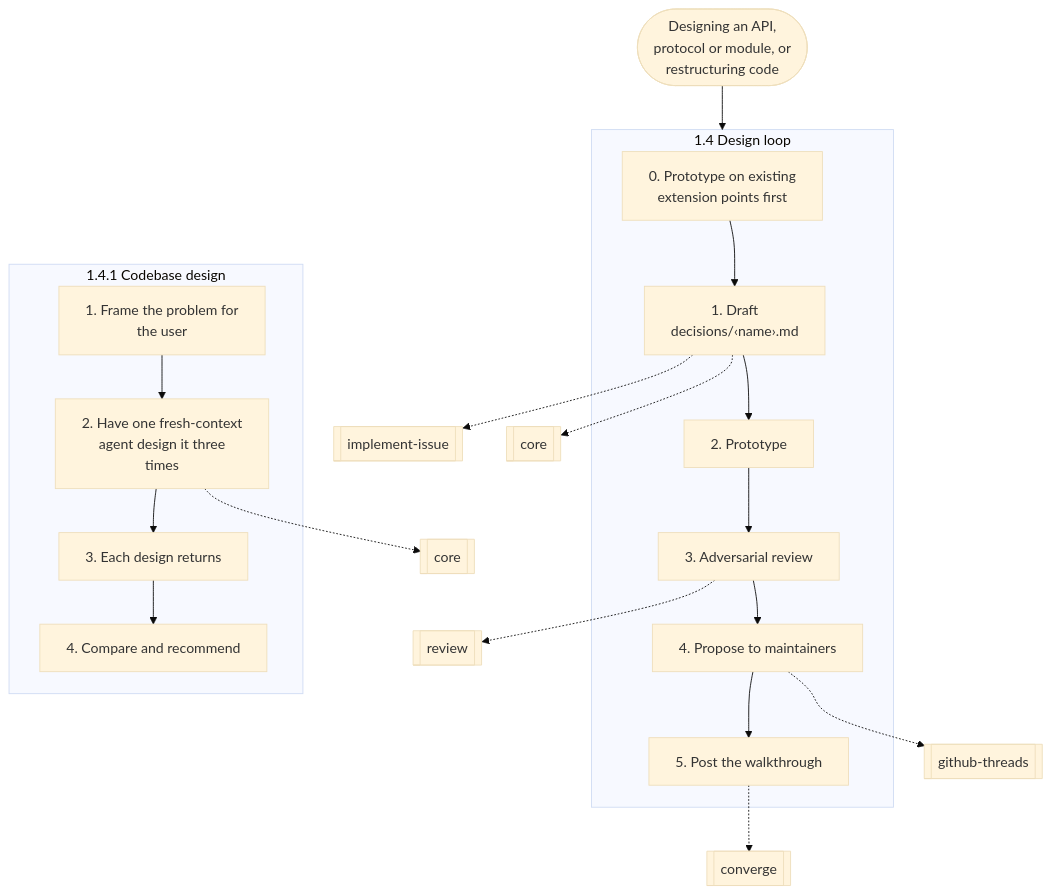
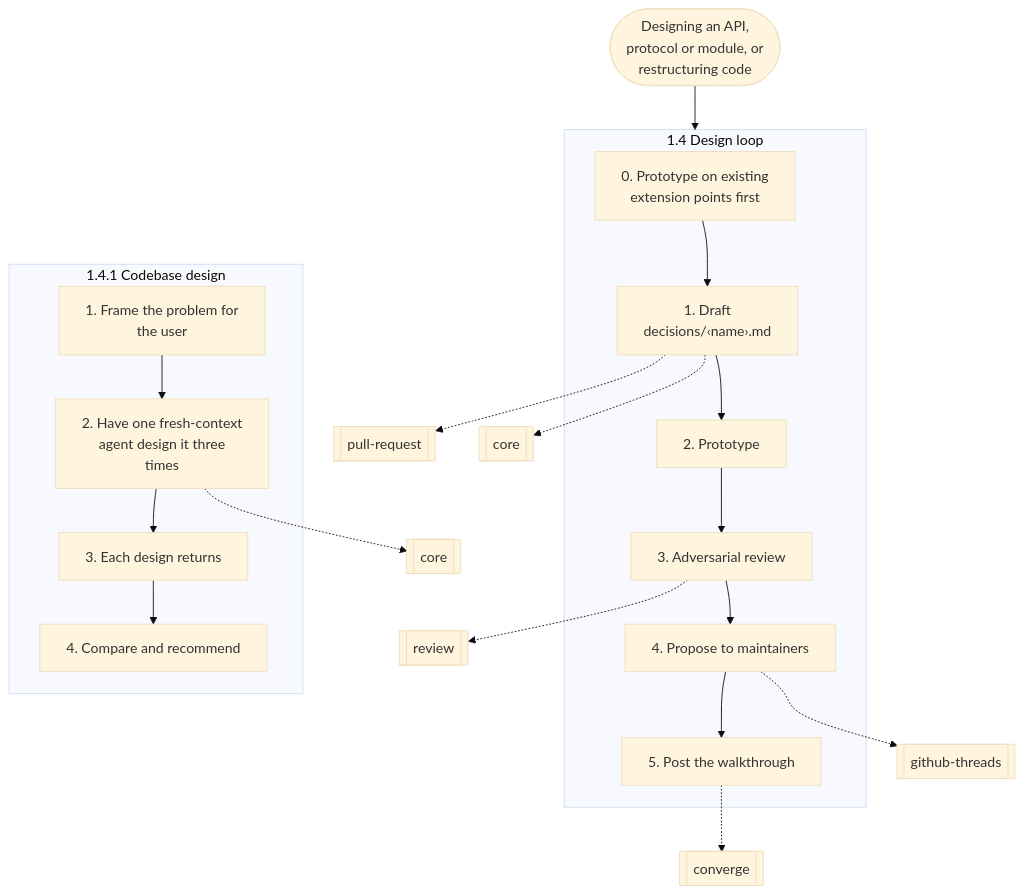
Before and after one commit to nitedani/mergeworthy: the second of 16 diagrams in docs/graphs.md, drawn with Mermaid (base theme). The commit also changed other lines of this file and 10 other files, not shown here.

Commit message:
Rename implement-issue to pull-request: any change to a merge-ready PR; open one only when it blocks something you ship

````diff
--- a/docs/graphs.md
+++ b/docs/graphs.md
@@ -63,34 +63,34 @@
 ```mermaid
 flowchart TB
   start(["Designing an API,<br/>protocol or module, or<br/>restructuring code"])
   subgraph g0["1.4 Design loop"]
     s0["0. Prototype on existing<br/>extension points first"]
     s1["1. Draft<br/>decisions/‹name›.md"]
     s0 --> s1
     s2["2. Prototype"]
     s1 --> s2
     s3["3. Adversarial review"]
     s2 --> s3
     s4["4. Propose to maintainers"]
     s3 --> s4
     s5["5. Post the walkthrough"]
     s4 --> s5
   end
-  s1 -.-> r1[["implement-issue"]]
+  s1 -.-> r1[["pull-request"]]
   s1 -.-> r2[["core"]]
   s3 -.-> r3[["review"]]
   s4 -.-> r4[["github-threads"]]
   s5 -.-> r5[["converge"]]
   subgraph g1["1.4.1 Codebase design"]
     s6["1. Frame the problem for<br/>the user"]
     s7["2. Have one fresh-context<br/>agent design it three<br/>times"]
     s6 --> s7
     s8["3. Each design returns"]
     s7 --> s8
     s9["4. Compare and recommend"]
     s8 --> s9
   end
   s7 -.-> r6[["core"]]
   start --> g0
   g0 ~~~ g1
 ```
````
